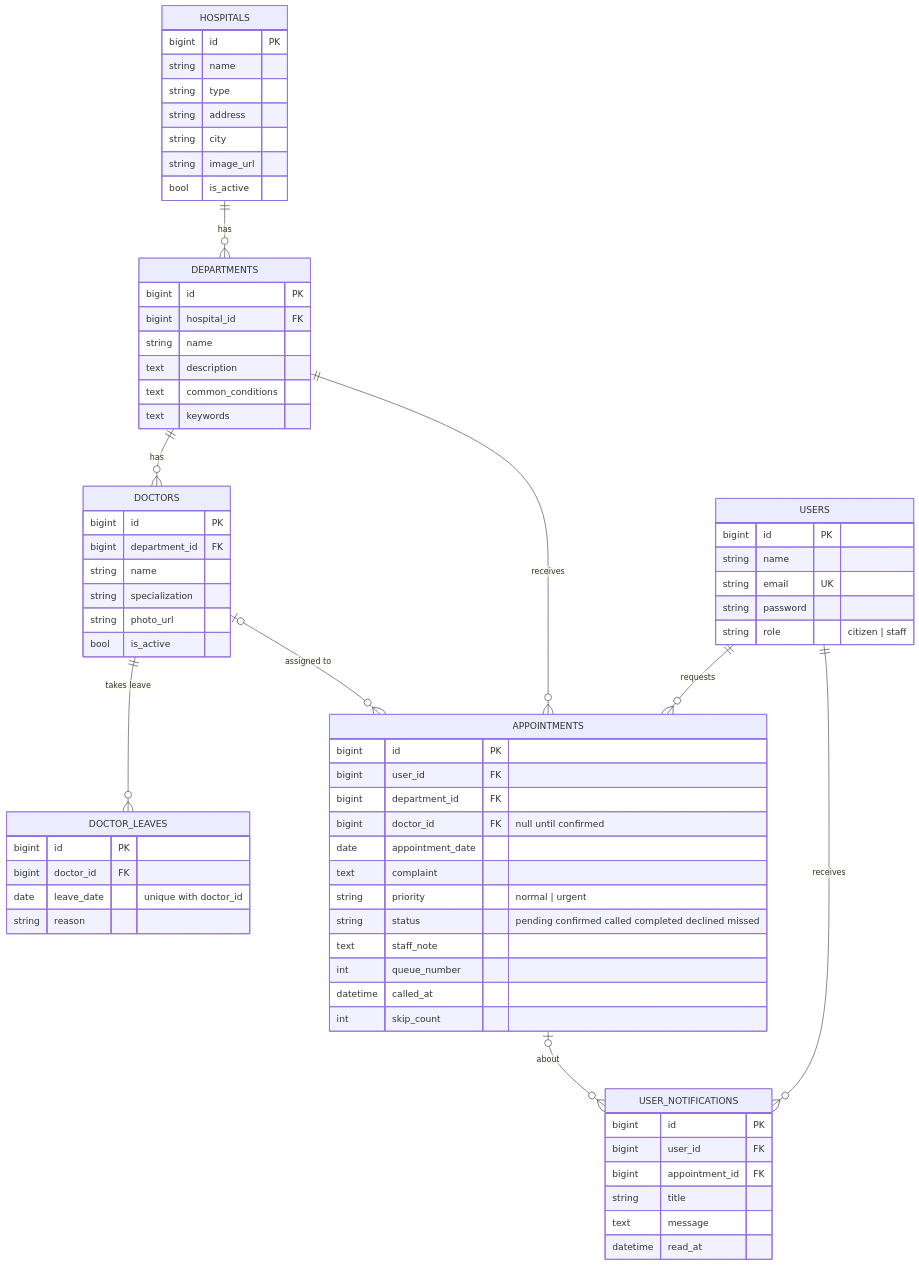
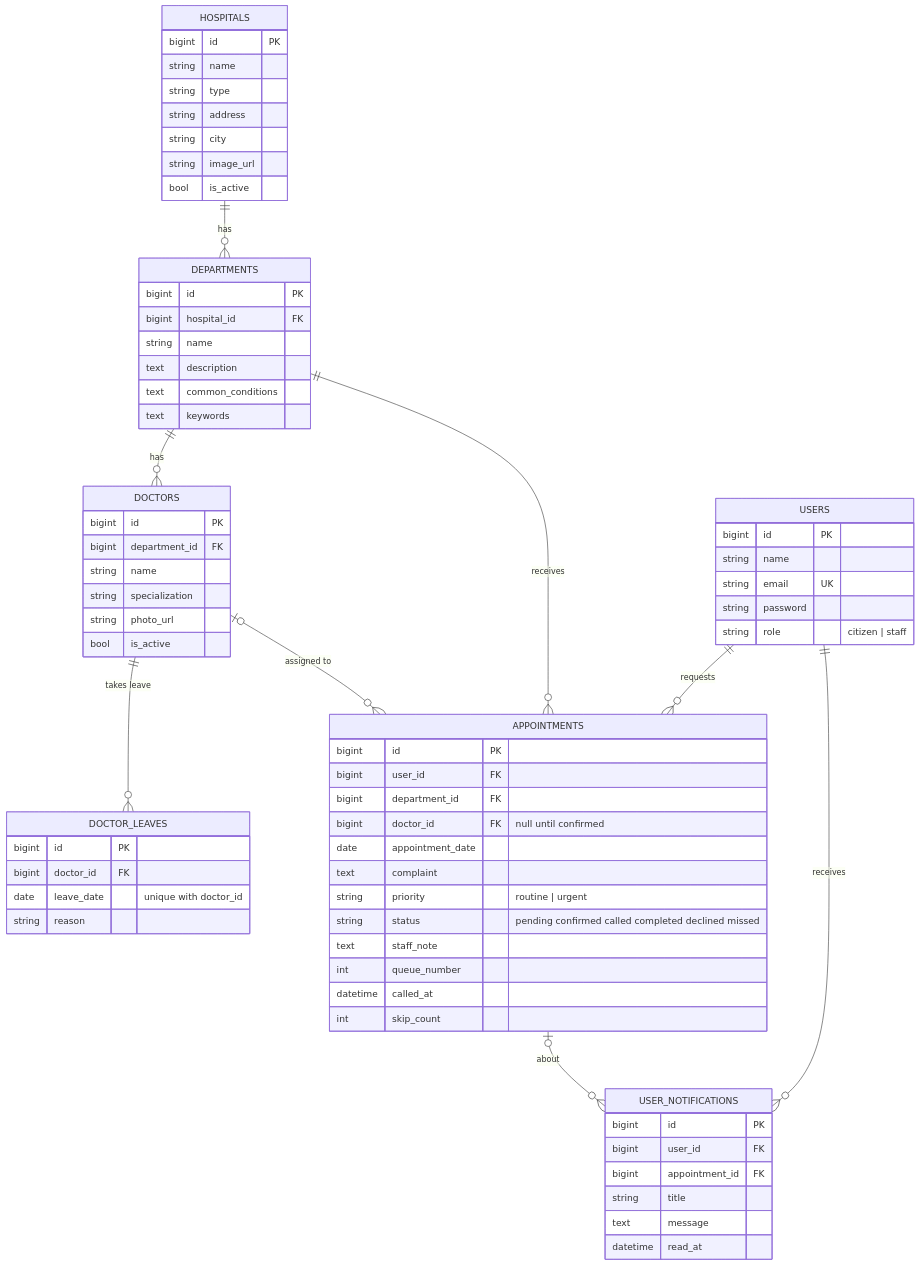
Before and after one commit to Moalikk/Healthix: the diagram in docs/ERD.md, drawn with Mermaid. The commit also changed 2 other files, not shown here.

Commit message:
Update API docs, README and ERD

````diff
--- a/docs/ERD.md
+++ b/docs/ERD.md
@@ -5,72 +5,72 @@
 ```mermaid
 erDiagram
     HOSPITALS ||--o{ DEPARTMENTS : has
     DEPARTMENTS ||--o{ DOCTORS : has
     DOCTORS ||--o{ DOCTOR_LEAVES : "takes leave"
     USERS ||--o{ APPOINTMENTS : requests
     DEPARTMENTS ||--o{ APPOINTMENTS : receives
     DOCTORS |o--o{ APPOINTMENTS : "assigned to"
     USERS ||--o{ USER_NOTIFICATIONS : receives
     APPOINTMENTS |o--o{ USER_NOTIFICATIONS : about
 
     USERS {
         bigint id PK
         string name
         string email UK
         string password
         string role "citizen | staff"
     }
     HOSPITALS {
         bigint id PK
         string name
         string type
         string address
         string city
         string image_url
         bool is_active
     }
     DEPARTMENTS {
         bigint id PK
         bigint hospital_id FK
         string name
         text description
         text common_conditions
         text keywords
     }
     DOCTORS {
         bigint id PK
         bigint department_id FK
         string name
         string specialization
         string photo_url
         bool is_active
     }
     DOCTOR_LEAVES {
         bigint id PK
         bigint doctor_id FK
         date leave_date "unique with doctor_id"
         string reason
     }
     APPOINTMENTS {
         bigint id PK
         bigint user_id FK
         bigint department_id FK
         bigint doctor_id FK "null until confirmed"
         date appointment_date
         text complaint
-        string priority "normal | urgent"
+        string priority "routine | urgent"
         string status "pending confirmed called completed declined missed"
         text staff_note
         int queue_number
         datetime called_at
         int skip_count
     }
     USER_NOTIFICATIONS {
         bigint id PK
         bigint user_id FK
         bigint appointment_id FK
         string title
         text message
         datetime read_at
     }
 ```
````
